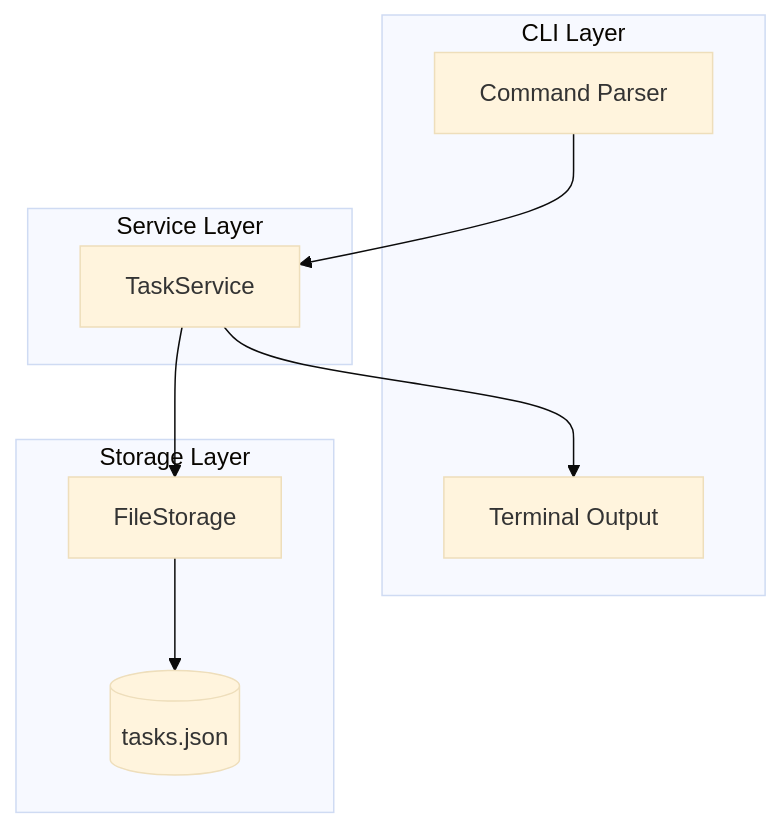
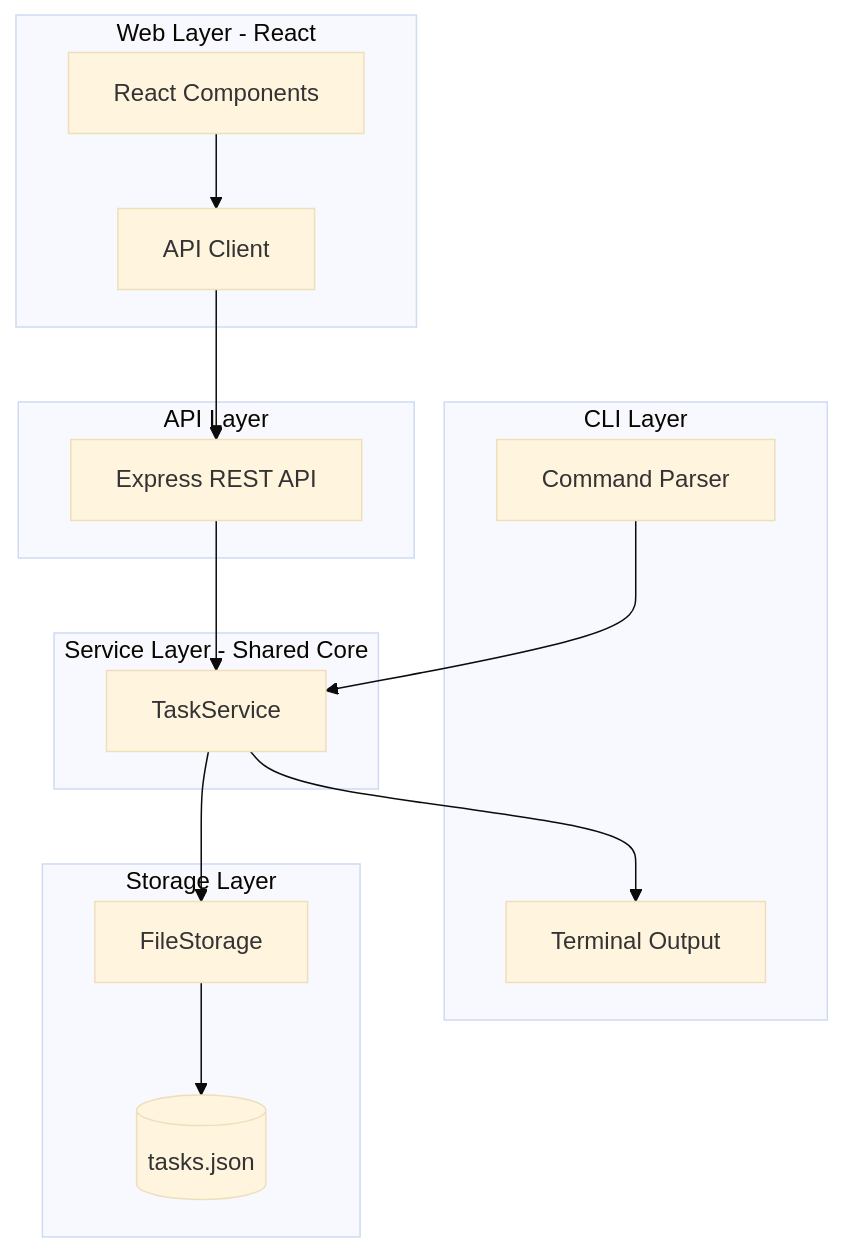
The first of 3 diagrams in ARCHITECTURE.md (blurp0/Todo-List-Web-App), drawn with Mermaid (base theme) before and after one commit. The commit also changed other lines of this file and 5 other files, not shown here.

````diff
--- a/ARCHITECTURE.md
+++ b/ARCHITECTURE.md
@@ -56,18 +75,28 @@
 ```mermaid
 flowchart TB
     subgraph cliLayer [CLI Layer]
         Commander[Command Parser]
-        Output[Terminal Output]
+        TerminalOutput[Terminal Output]
     end
-    subgraph serviceLayer [Service Layer]
+    subgraph webLayer [Web Layer - React]
+        ReactUI[React Components]
+        ApiClient[API Client]
+    end
+    subgraph apiLayer [API Layer]
+        ExpressServer[Express REST API]
+    end
+    subgraph serviceLayer [Service Layer - Shared Core]
         TaskService[TaskService]
     end
     subgraph storageLayer [Storage Layer]
-        Storage[FileStorage]
+        FileStorage[FileStorage]
         JSONFile[(tasks.json)]
     end
     Commander --> TaskService
-    TaskService --> Storage
-    Storage --> JSONFile
-    TaskService --> Output
+    TaskService --> TerminalOutput
+    ReactUI --> ApiClient
+    ApiClient --> ExpressServer
+    ExpressServer --> TaskService
+    TaskService --> FileStorage
+    FileStorage --> JSONFile
 ```
````
